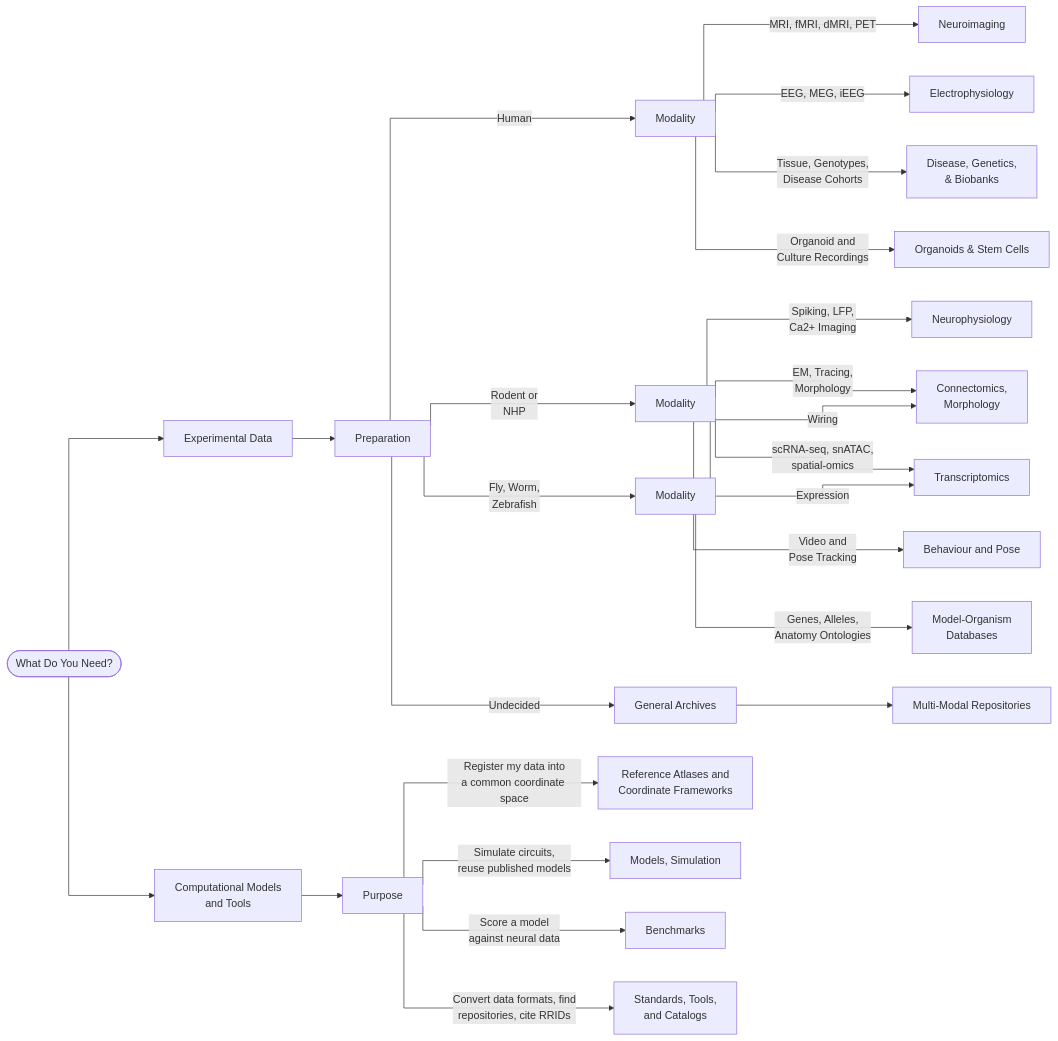
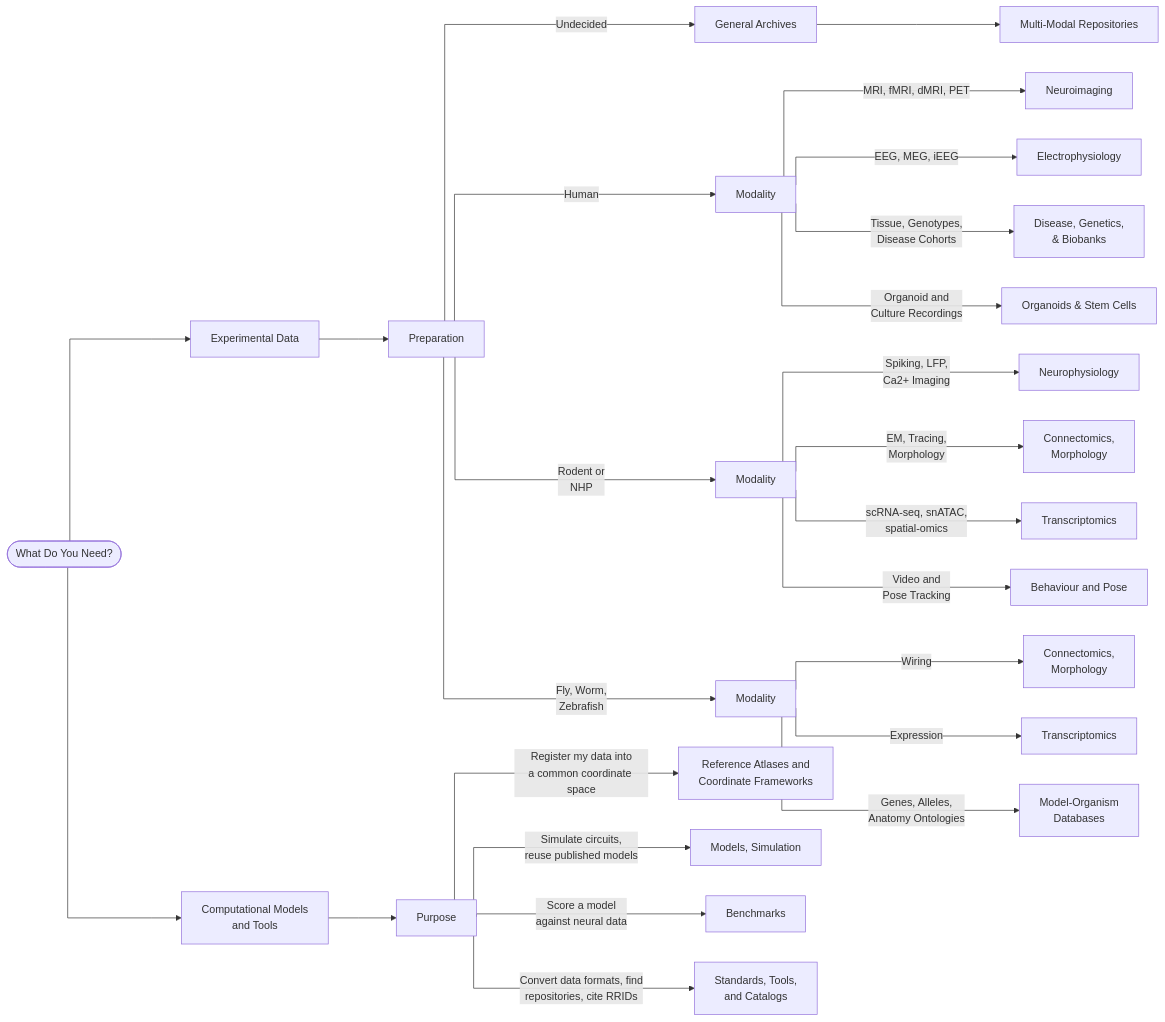
Before and after one commit to lauramedlock/neuroarchives: the diagram in docs/index.md, drawn with Mermaid.

Commit message:
Update mermaid chart for resource finding section

````diff
--- a/docs/index.md
+++ b/docs/index.md
@@ -41,35 +41,35 @@
 ```mermaid
-%%{init: {"flowchart": {"curve": "stepBefore", "useMaxWidth": true}} }%%
+%%{init: {"flowchart": {"curve": "stepBefore", "useMaxWidth": true, "rankSpacing": 90, "nodeSpacing": 45}} }%%
 flowchart LR
     START([What Do You Need?])
     START --> EXP[Experimental Data]
     START --> MOD[Computational Models<br>and Tools]
 
     EXP --> PREP[Preparation]
+    PREP -->|Undecided| GEN[General Archives]
     PREP -->|Human| HU[Modality]
     PREP -->|Rodent or<br>NHP| RO[Modality]
     PREP -->|Fly, Worm,<br>Zebrafish| INV[Modality]
-    PREP -->|Undecided| GEN[General Archives]
 
     HU -->|MRI, fMRI, dMRI, PET| E1[Neuroimaging]
     HU -->|EEG, MEG, iEEG| E2[Electrophysiology]
     HU -->|Tissue, Genotypes,<br>Disease Cohorts| E3[Disease, Genetics,<br>& Biobanks]
     HU -->|Organoid and<br>Culture Recordings| E4[Organoids & Stem Cells]
 
     RO -->|Spiking, LFP,<br>Ca2+ Imaging| E5[Neurophysiology] 
     RO -->|EM, Tracing,<br>Morphology| E6[Connectomics, <br> Morphology]
     RO -->|scRNA-seq, snATAC,<br>spatial-omics| E7[Transcriptomics]
     RO -->|Video and<br>Pose Tracking| E8[Behaviour and Pose]
 
-    INV -->|Wiring| E6
-    INV -->|Expression| E7
+    INV -->|Wiring| E6b[Connectomics,<br>Morphology]
+    INV -->|Expression| E7b[Transcriptomics]
     INV -->|Genes, Alleles,<br>Anatomy Ontologies| E9[Model-Organism<br>Databases]
 
     GEN -->E10[Multi-Modal Repositories]
 
     MOD --> PURPOSE[Purpose]
     PURPOSE -->|Register my data into<br>a common coordinate space| M1[Reference Atlases and<br>Coordinate Frameworks]
     PURPOSE -->|Simulate circuits,<br>reuse published models| M2[Models, Simulation]
     PURPOSE -->|Score a model<br>against neural data| M4[Benchmarks]
     PURPOSE -->|Convert data formats, find<br>repositories, cite RRIDs| M3[Standards, Tools,<br>and Catalogs]
 ```
````
